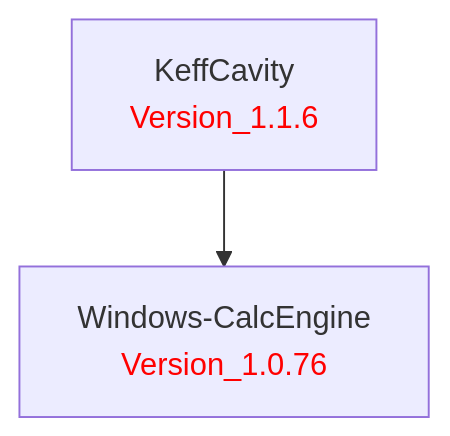
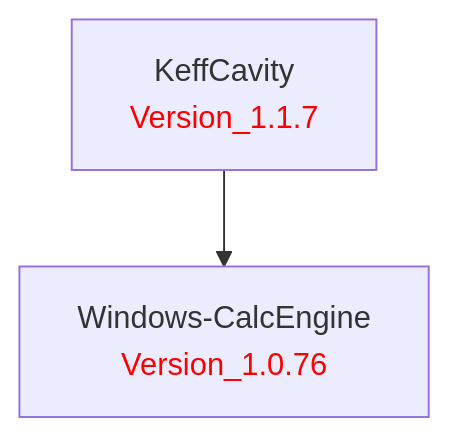
One commit to LBNL-ETA/KeffCavity changed the diagram in doc/KeffCavity.md. Above: the diagram before and after it, drawn with Mermaid. The commit also changed 1 other file, not shown here.

Commit message:
Bump to Version_1.1.7; refresh dep chart

````diff
--- a/doc/KeffCavity.md
+++ b/doc/KeffCavity.md
@@ -1,9 +1,9 @@
 ```mermaid
 graph TD
     %% Package definitions
-    KeffCavity[KeffCavity<br/><font color='red'>Version_1.1.6</font>]
+    KeffCavity[KeffCavity<br/><font color='red'>Version_1.1.7</font>]
     WindowsCalcEngine[Windows-CalcEngine<br/><font color='red'>Version_1.0.76</font>]
 
     %% Package relations
     KeffCavity --> WindowsCalcEngine
 ```
````
